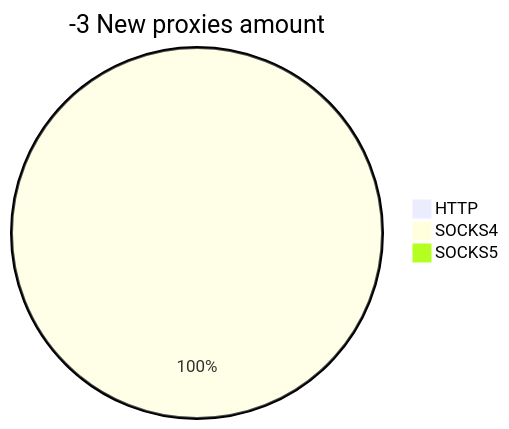
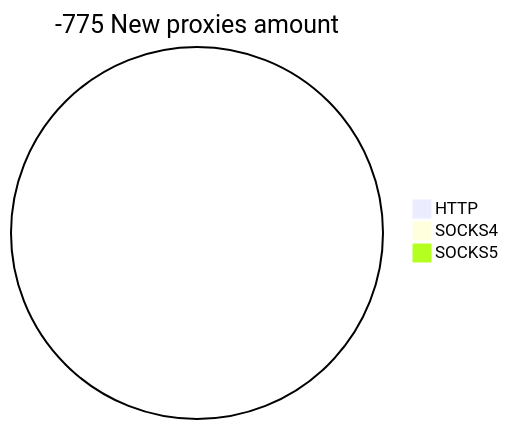
The second of 2 diagrams in README.md (cutipu/proxylist), drawn with Mermaid before and after one commit. The commit also changed other lines of this file, not shown here.

````diff
--- a/README.md
+++ b/README.md
@@ -10,6 +10,6 @@
 ```mermaid
-pie title -3 New proxies amount
+pie title -775 New proxies amount
     "HTTP" : 0
-    "SOCKS4" : 1
+    "SOCKS4" : 0
     "SOCKS5" : 0
 ```
````
